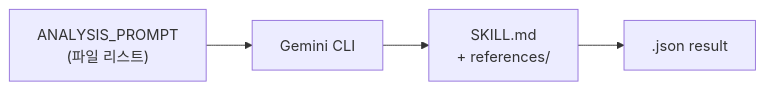
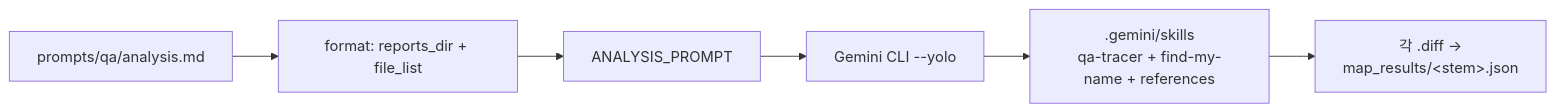
Before and after one commit to codefoundry-io/project-qa: the fifth of 6 diagrams in README.md, drawn with Mermaid. The commit also changed other lines of this file and 4 other files, not shown here.

Commit message:
find my name proto

````diff
--- a/README.md
+++ b/README.md
@@ -226,6 +270,8 @@
 ```mermaid
 flowchart LR
-    PROMPT["ANALYSIS_PROMPT<br/>(파일 리스트)"] --> CLI["Gemini CLI"]
-    CLI --> SKILL["SKILL.md<br/>+ references/"]
-    SKILL --> JSON[".json result"]
+    MD["prompts/qa/analysis.md"] --> FMT["format: reports_dir + file_list"]
+    FMT --> PROMPT["ANALYSIS_PROMPT"]
+    PROMPT --> CLI["Gemini CLI --yolo"]
+    CLI --> SK[".gemini/skills<br/>qa-tracer + find-my-name + references"]
+    SK --> WRITE["각 .diff →<br/>map_results/&lt;stem&gt;.json"]
 ```
````
